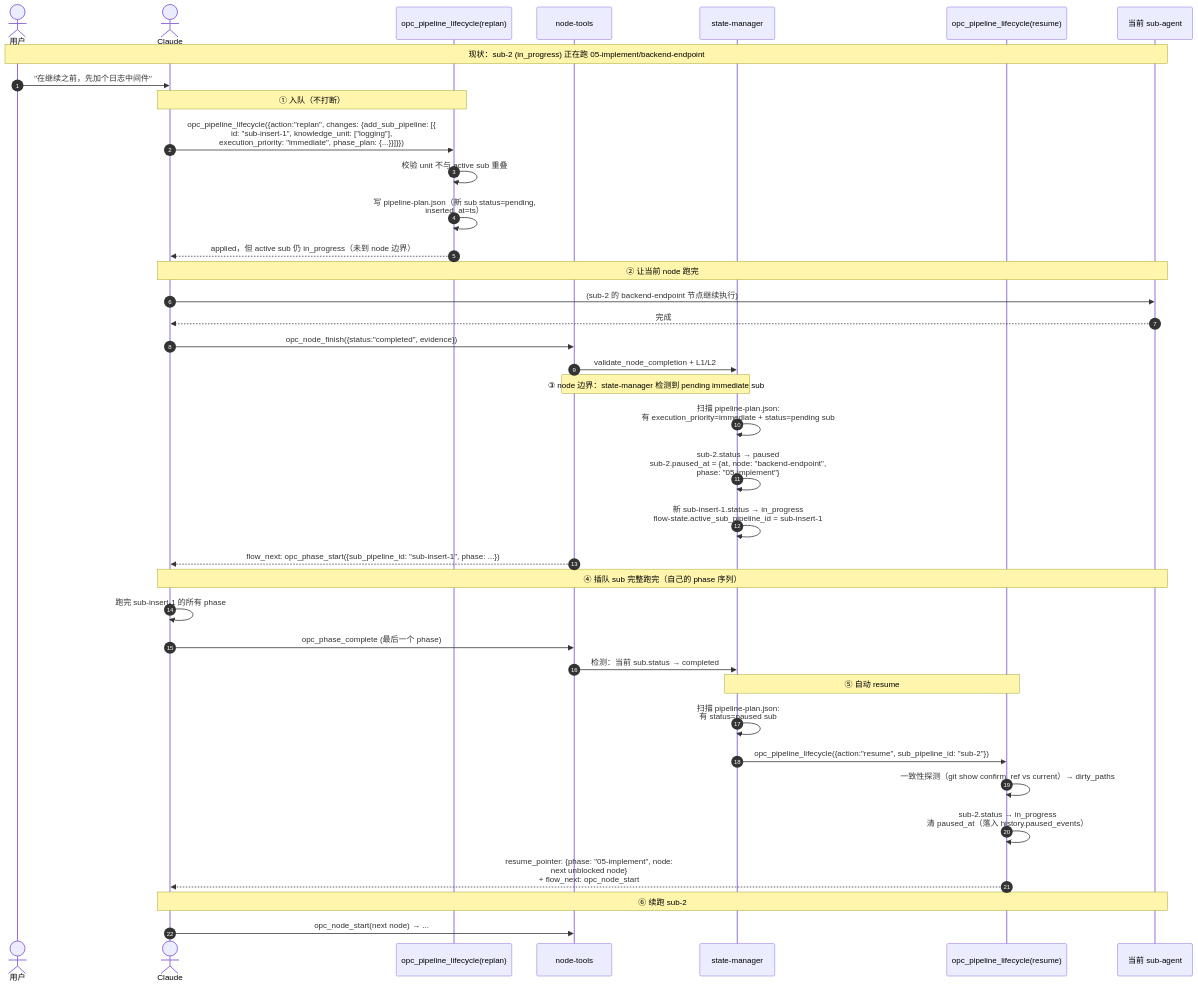
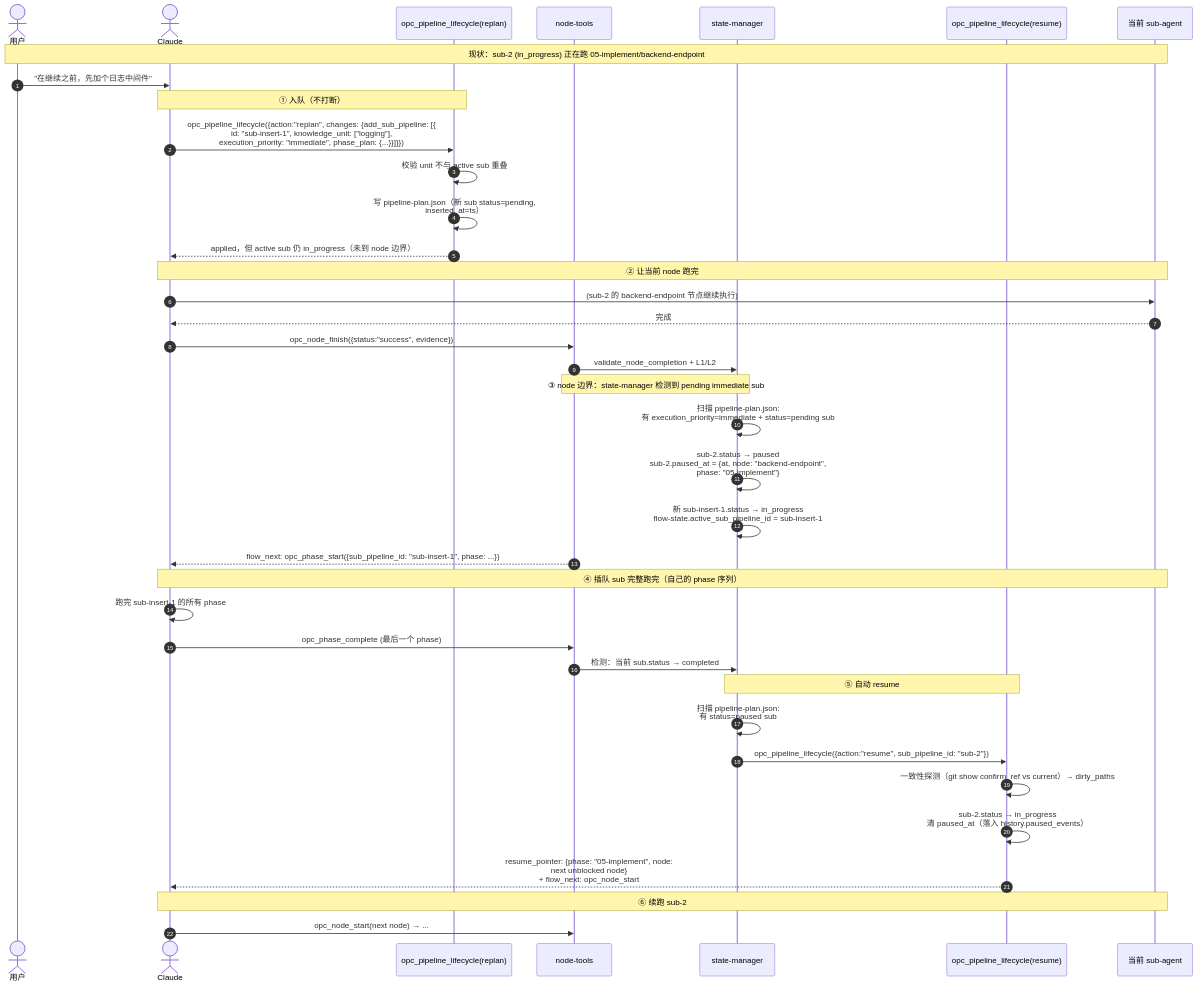
The diagram in doc/feature/02-opc-state-server/02-pipeline/11_insert-resume.md (CaffeineOddity/opc-marketplace), drawn with Mermaid before and after one commit. The commit also changed 15 other files, not shown here.

Commit message:
docs(M79): fix status discriminator (completed→success) across remaining 16 doc files

````diff
--- a/doc/feature/02-opc-state-server/02-pipeline/11_insert-resume.md
+++ b/doc/feature/02-opc-state-server/02-pipeline/11_insert-resume.md
@@ -23,47 +23,47 @@
 ```mermaid
 sequenceDiagram
     autonumber
     actor U as 用户
     actor C as Claude
     participant RP as opc_pipeline_lifecycle(replan)
     participant ND as node-tools
     participant SM as state-manager
     participant RS as opc_pipeline_lifecycle(resume)
     participant A as 当前 sub-agent
 
     Note over U,A: 现状：sub-2 (in_progress) 正在跑 05-implement/backend-endpoint
     U->>C: "在继续之前，先加个日志中间件"
 
     Note over C,RP: ① 入队（不打断）
     C->>RP: opc_pipeline_lifecycle({action:"replan", changes: {add_sub_pipeline: [{<br/>id: "sub-insert-1", knowledge_unit: ["logging"],<br/>execution_priority: "immediate", phase_plan: {...}}]}})
     RP->>RP: 校验 unit 不与 active sub 重叠
     RP->>RP: 写 pipeline-plan.json（新 sub status=pending,<br/>inserted_at=ts）
     RP-->>C: applied，但 active sub 仍 in_progress（未到 node 边界）
 
     Note over C,A: ② 让当前 node 跑完
     C->>A: (sub-2 的 backend-endpoint 节点继续执行)
     A-->>C: 完成
-    C->>ND: opc_node_finish({status:"completed", evidence})
+    C->>ND: opc_node_finish({status:"success", evidence})
     ND->>SM: validate_node_completion + L1/L2
 
     Note over ND,SM: ③ node 边界：state-manager 检测到 pending immediate sub
     SM->>SM: 扫描 pipeline-plan.json:<br/>有 execution_priority=immediate + status=pending sub
     SM->>SM: sub-2.status → paused<br/>sub-2.paused_at = {at, node: "backend-endpoint",<br/>phase: "05-implement"}
     SM->>SM: 新 sub-insert-1.status → in_progress<br/>flow-state.active_sub_pipeline_id = sub-insert-1
     ND-->>C: flow_next: opc_phase_start({sub_pipeline_id: "sub-insert-1", phase: ...})
 
     Note over C,A: ④ 插队 sub 完整跑完（自己的 phase 序列）
     C->>C: 跑完 sub-insert-1 的所有 phase
     C->>ND: opc_phase_complete (最后一个 phase)
     ND->>SM: 检测：当前 sub.status → completed
 
     Note over SM,RS: ⑤ 自动 resume
     SM->>SM: 扫描 pipeline-plan.json:<br/>有 status=paused sub
     SM->>RS: opc_pipeline_lifecycle({action:"resume", sub_pipeline_id: "sub-2"})
     RS->>RS: 一致性探测（git show confirm_ref vs current）→ dirty_paths
     RS->>RS: sub-2.status → in_progress<br/>清 paused_at（落入 history.paused_events）
     RS-->>C: resume_pointer: {phase: "05-implement", node: <br/>next unblocked node}<br/>+ flow_next: opc_node_start
 
     Note over C,A: ⑥ 续跑 sub-2
     C->>ND: opc_node_start(next node) → ...
 ```
````
